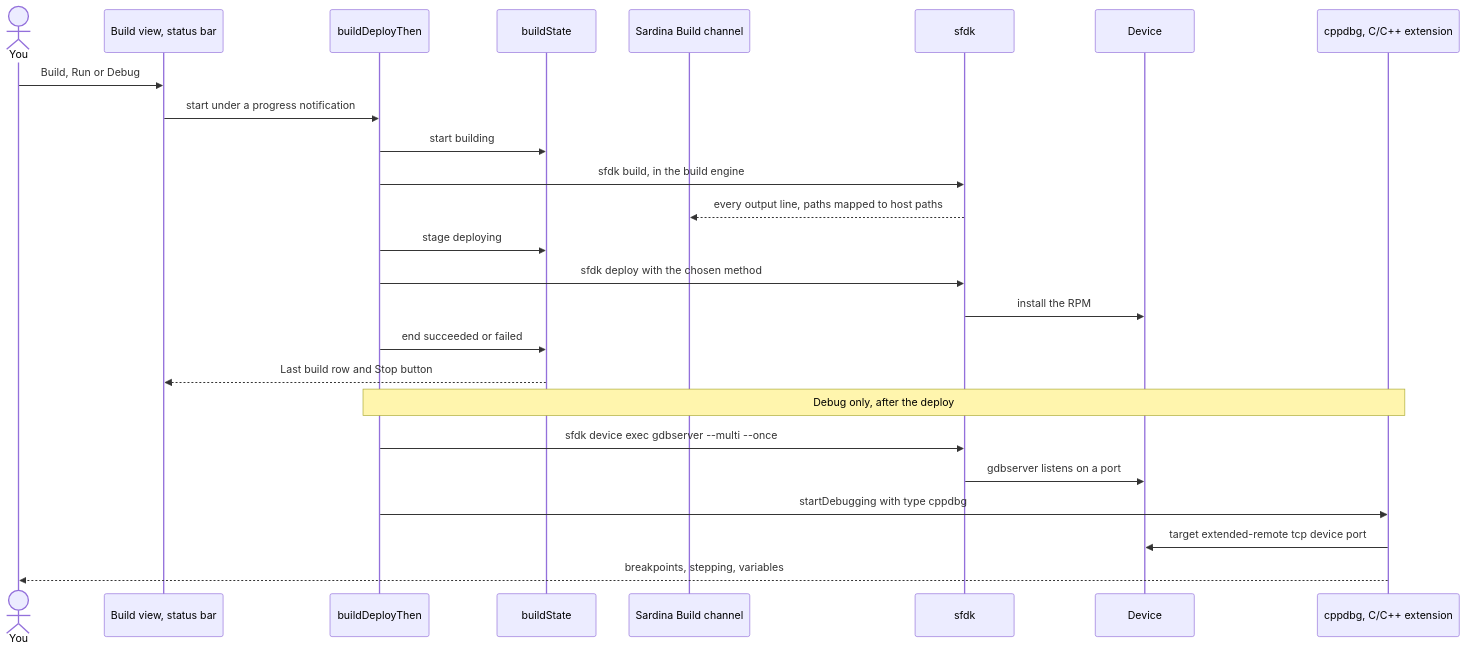
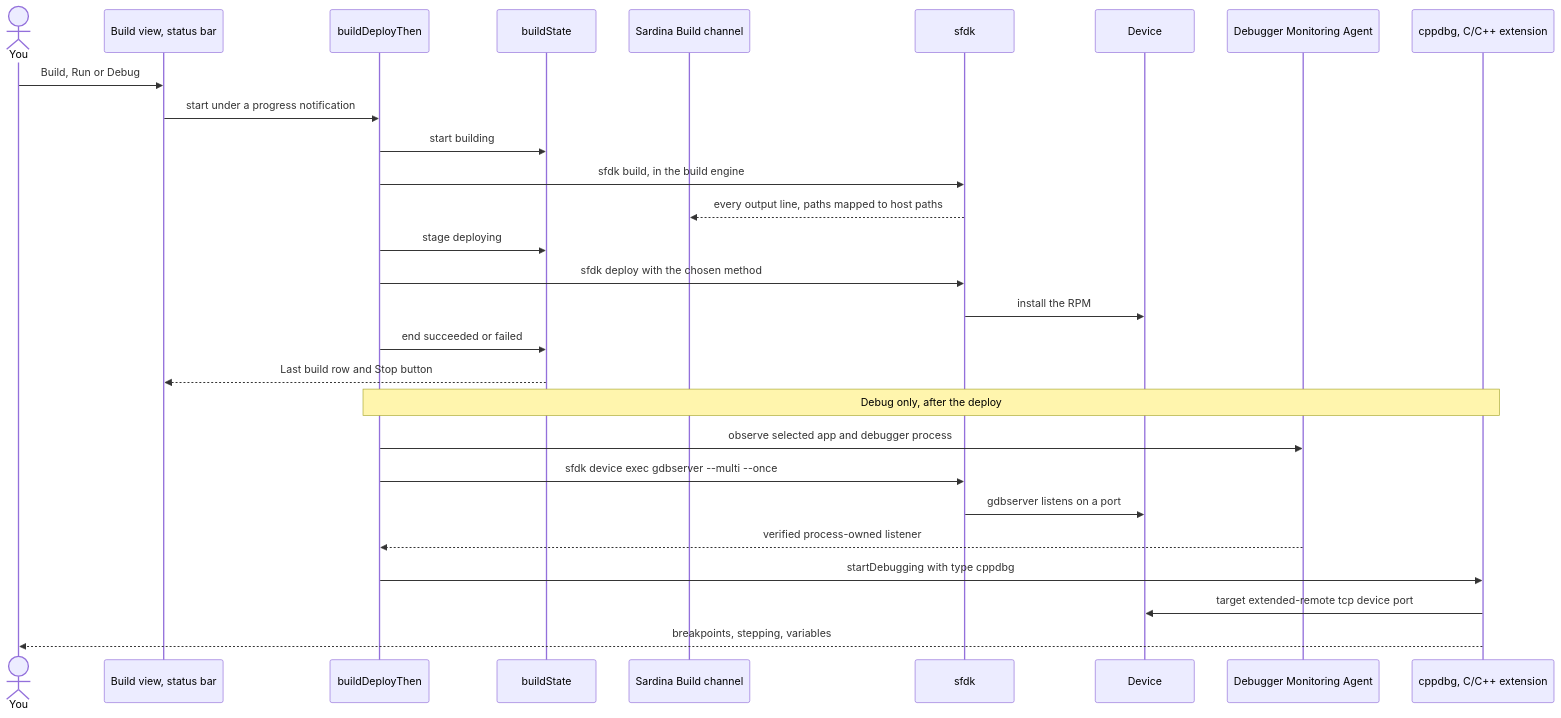
Before and after one commit to minhdangphuoc/sardina: the second of 4 diagrams in docs/architecture.md, drawn with Mermaid. The commit also changed other lines of this file and 93 other files, not shown here.

````diff
--- a/docs/architecture.md
+++ b/docs/architecture.md
@@ -65,27 +69,30 @@
 ```mermaid
 sequenceDiagram
   actor U as You
   participant UI as Build view, status bar
   participant BD as buildDeployThen
   participant ST as buildState
   participant LOG as Sardina Build channel
   participant SF as sfdk
   participant DEV as Device
+  participant MON as Debugger Monitoring Agent
   participant DBG as cppdbg, C/C++ extension
   U->>UI: Build, Run or Debug
   UI->>BD: start under a progress notification
   BD->>ST: start building
   BD->>SF: sfdk build, in the build engine
   SF-->>LOG: every output line, paths mapped to host paths
   BD->>ST: stage deploying
   BD->>SF: sfdk deploy with the chosen method
   SF->>DEV: install the RPM
   BD->>ST: end succeeded or failed
   ST-->>UI: Last build row and Stop button
   Note over BD,DBG: Debug only, after the deploy
+  BD->>MON: observe selected app and debugger process
   BD->>SF: sfdk device exec gdbserver --multi --once
   SF->>DEV: gdbserver listens on a port
+  MON-->>BD: verified process-owned listener
   BD->>DBG: startDebugging with type cppdbg
   DBG->>DEV: target extended-remote tcp device port
   DBG-->>U: breakpoints, stepping, variables
 ```
````
